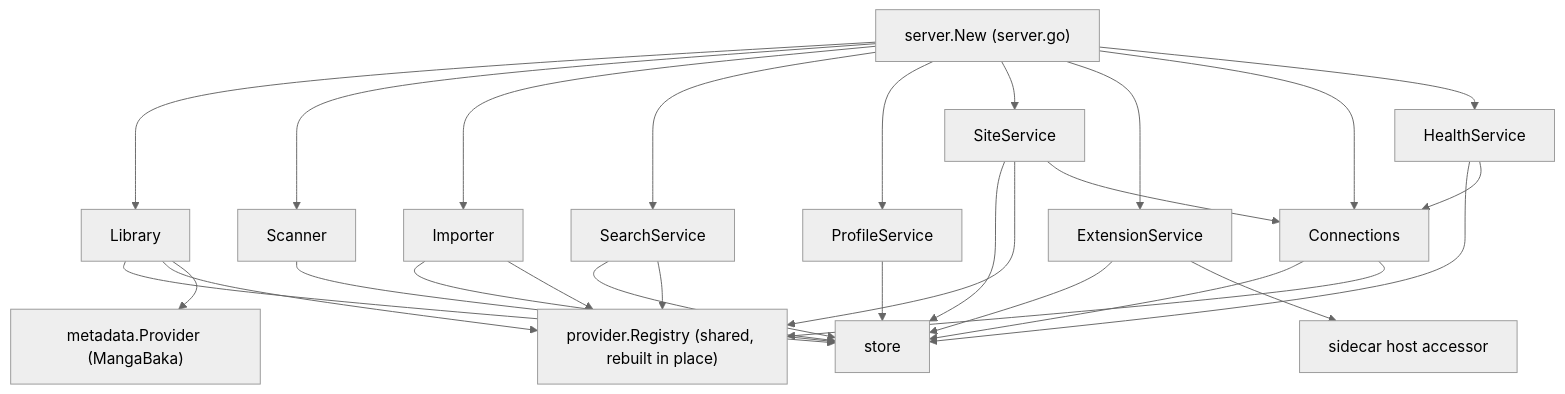
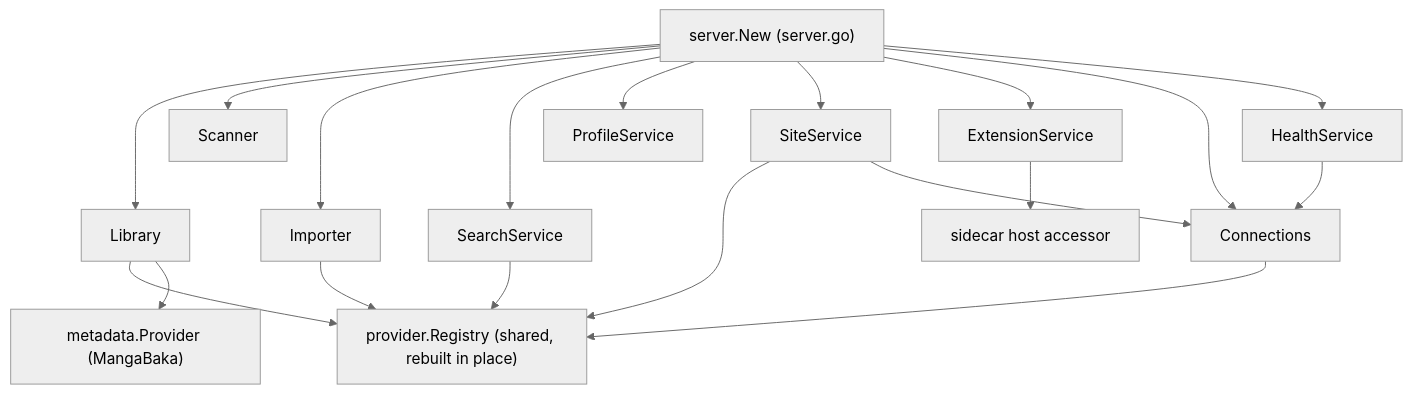
The third of 6 diagrams in docs/architecture.md (h-wb/sento), drawn with Mermaid (neutral theme) before and after one commit. The commit also changed other lines of this file and 13 other files, not shown here.

````diff
--- a/docs/architecture.md
+++ b/docs/architecture.md
@@ -183,30 +180,21 @@
 ```mermaid
 flowchart TD
     server["server.New (server.go)"] --> library["Library"]
     server --> scanner["Scanner"]
     server --> importer["Importer"]
     server --> search["SearchService"]
     server --> profiles["ProfileService"]
     server --> sites["SiteService"]
     server --> extensions["ExtensionService"]
     server --> conns["Connections"]
     server --> health["HealthService"]
-    library --> store["store"]
-    scanner --> store
-    importer --> store
-    search --> store
-    profiles --> store
-    sites --> store
-    extensions --> store
-    conns --> store
-    health --> store
     conns --> registry["provider.Registry (shared, rebuilt in place)"]
     library --> registry
     importer --> registry
     search --> registry
     sites --> registry
     library --> md["metadata.Provider (MangaBaka)"]
     health --> conns
     sites --> conns
     extensions --> host["sidecar host accessor"]
 ```
````
